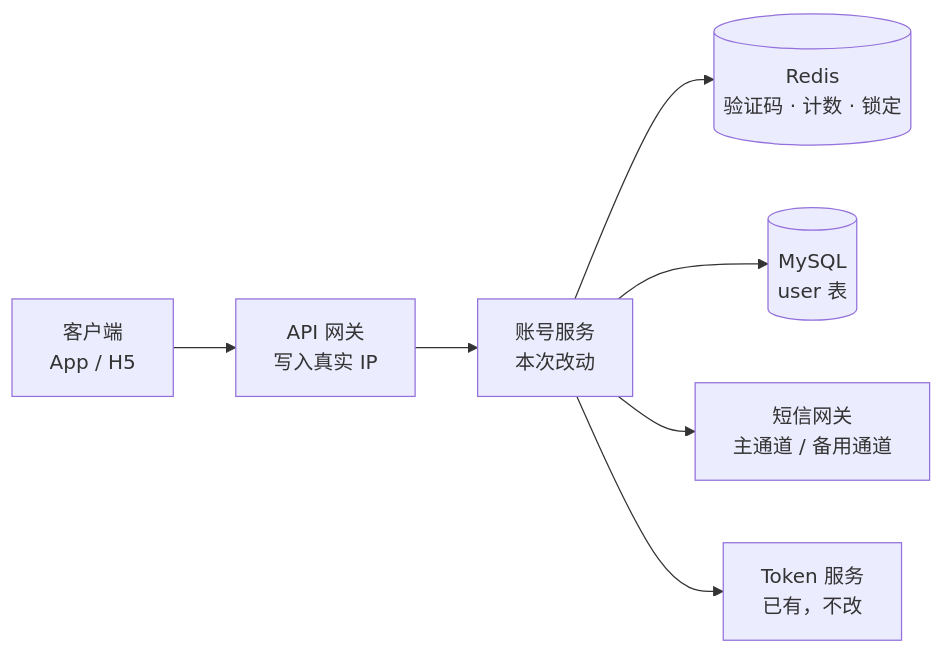
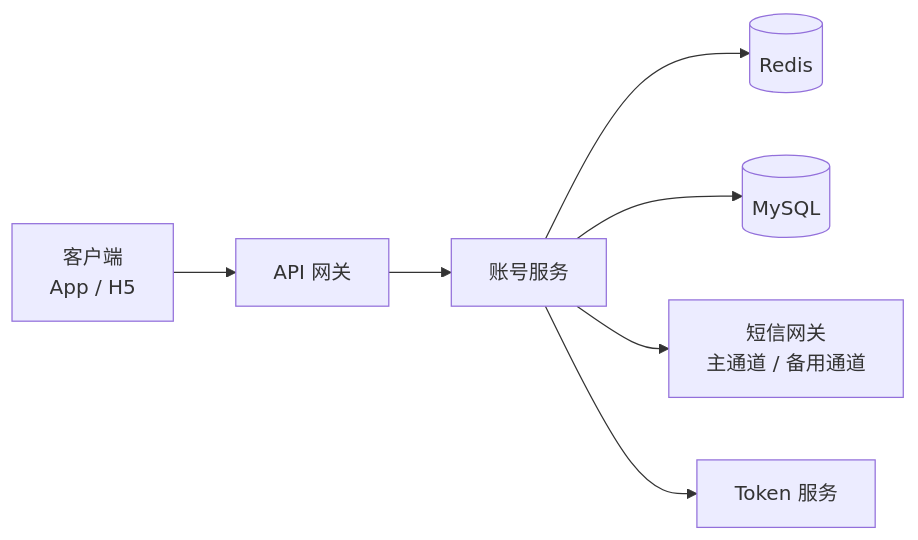
The first of 3 diagrams in docs/samples/02-tech-design.md (lanhas/auto-test), drawn with Mermaid before and after one commit. The commit also changed other lines of this file and 3 other files, not shown here.

````diff
--- a/docs/samples/02-tech-design.md
+++ b/docs/samples/02-tech-design.md
@@ -30,9 +67,9 @@
 ```mermaid
 flowchart LR
-    C["客户端<br/>App / H5"] --> GW["API 网关<br/>写入真实 IP"]
-    GW --> A["账号服务<br/>本次改动"]
-    A --> R[("Redis<br/>验证码 · 计数 · 锁定")]
-    A --> DB[("MySQL<br/>user 表")]
+    C["客户端<br/>App / H5"] --> GW["API 网关"]
+    GW --> A["账号服务"]
+    A --> R[("Redis")]
+    A --> DB[("MySQL")]
     A --> S["短信网关<br/>主通道 / 备用通道"]
-    A --> T["Token 服务<br/>已有，不改"]
+    A --> T["Token 服务"]
 ```
````
